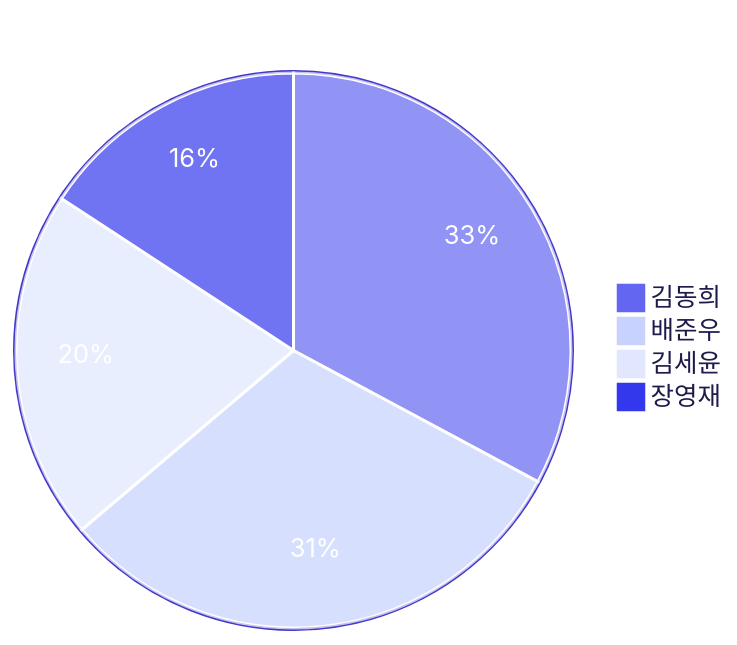
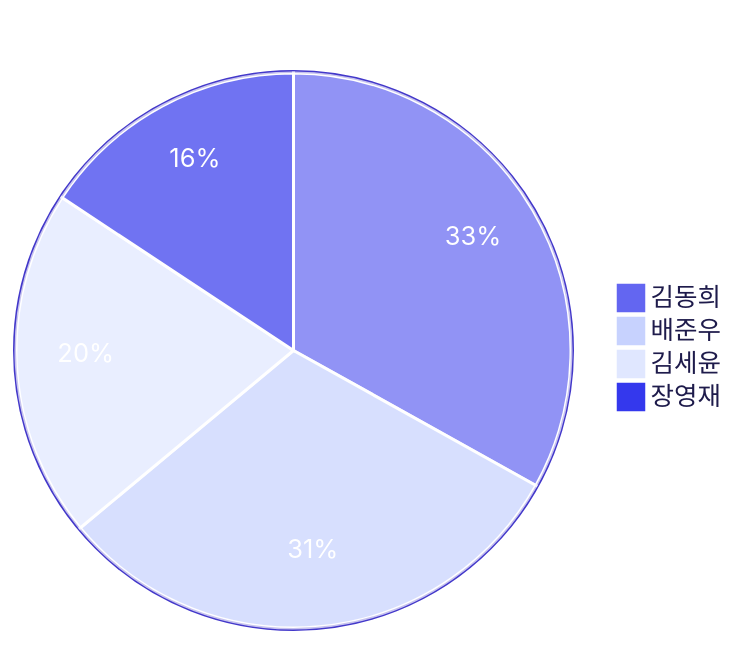
The third of 4 diagrams in README.md (3rd-project-team-1/ALYAC-market-team1), drawn with Mermaid before and after one commit. The commit also changed other lines of this file, not shown here.

````diff
--- a/README.md
+++ b/README.md
@@ -415,17 +414,17 @@
 ```mermaid
 %%{init: { 'theme': 'base', 'themeVariables': {
   'primaryColor': '#6366f1',
   'primaryTextColor': '#ffffff',
   'primaryBorderColor': '#4338ca',
   'secondaryColor': '#c7d2fe',
   'tertiaryColor': '#e0e7ff',
   'pieLegendTextColor': '#1e1b4b',
   'pieStrokeColor': '#ffffff',
   'pieOuterStrokeColor': '#4338ca'
 } } }%%
 pie title 기여자별 커밋 수
-  "김동희" : 177
+  "김동희" : 179
   "배준우" : 167
   "김세윤" : 110
   "장영재" : 85
 ```
````
